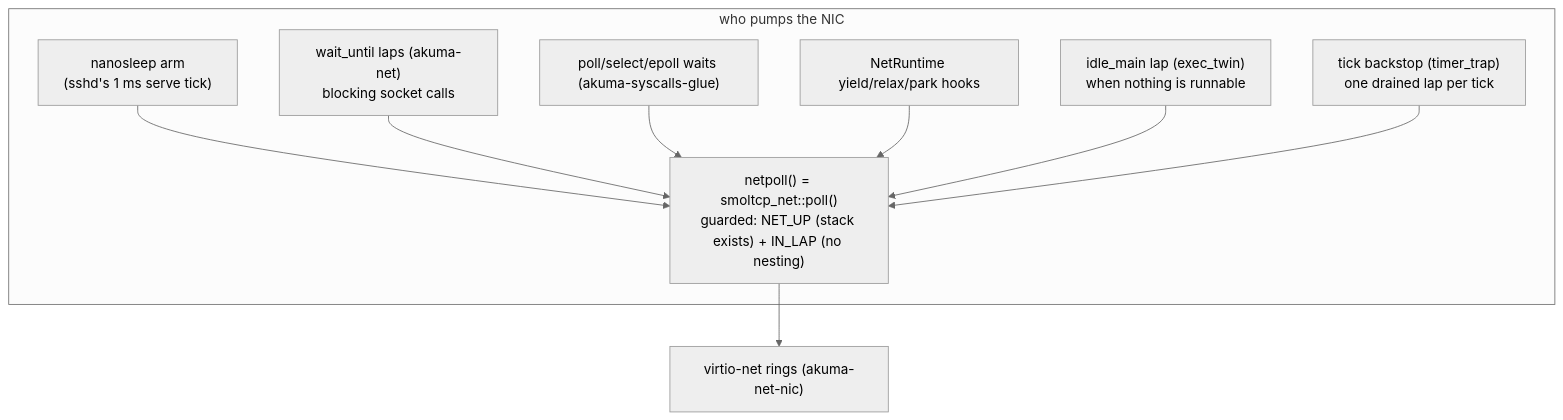
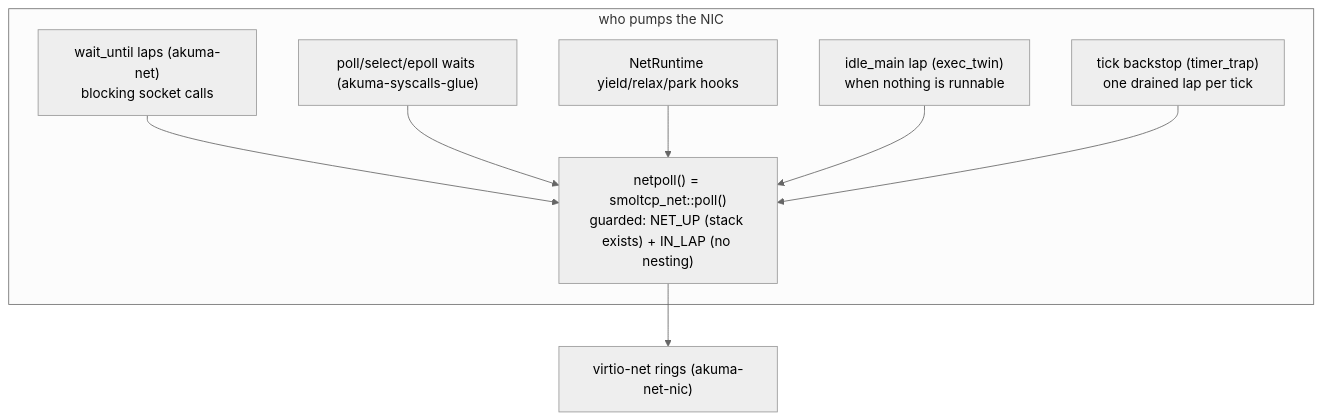
Before and after one commit to netoneko/akuma: the diagram in taoxichuan/docs/reference/devices.md, drawn with Mermaid (neutral theme). The commit also changed other lines of this file and 14 other files, not shown here.

````diff
--- a/taoxichuan/docs/reference/devices.md
+++ b/taoxichuan/docs/reference/devices.md
@@ -78,12 +78,11 @@
 ```mermaid
 flowchart TD
     subgraph who pumps the NIC
-        A["nanosleep arm<br/>(sshd's 1 ms serve tick)"] --> P
         B["wait_until laps (akuma-net)<br/>blocking socket calls"] --> P
         C["poll/select/epoll waits (akuma-syscalls-glue)"] --> P
         E["NetRuntime yield/relax/park hooks"] --> P
         F["idle_main lap (exec_twin)<br/>when nothing is runnable"] --> P
         G["tick backstop (timer_trap)<br/>one drained lap per tick"] --> P
     end
     P["netpoll() = smoltcp_net::poll()<br/>guarded: NET_UP (stack exists) + IN_LAP (no nesting)"] --> NIC["virtio-net rings (akuma-net-nic)"]
 ```
````
